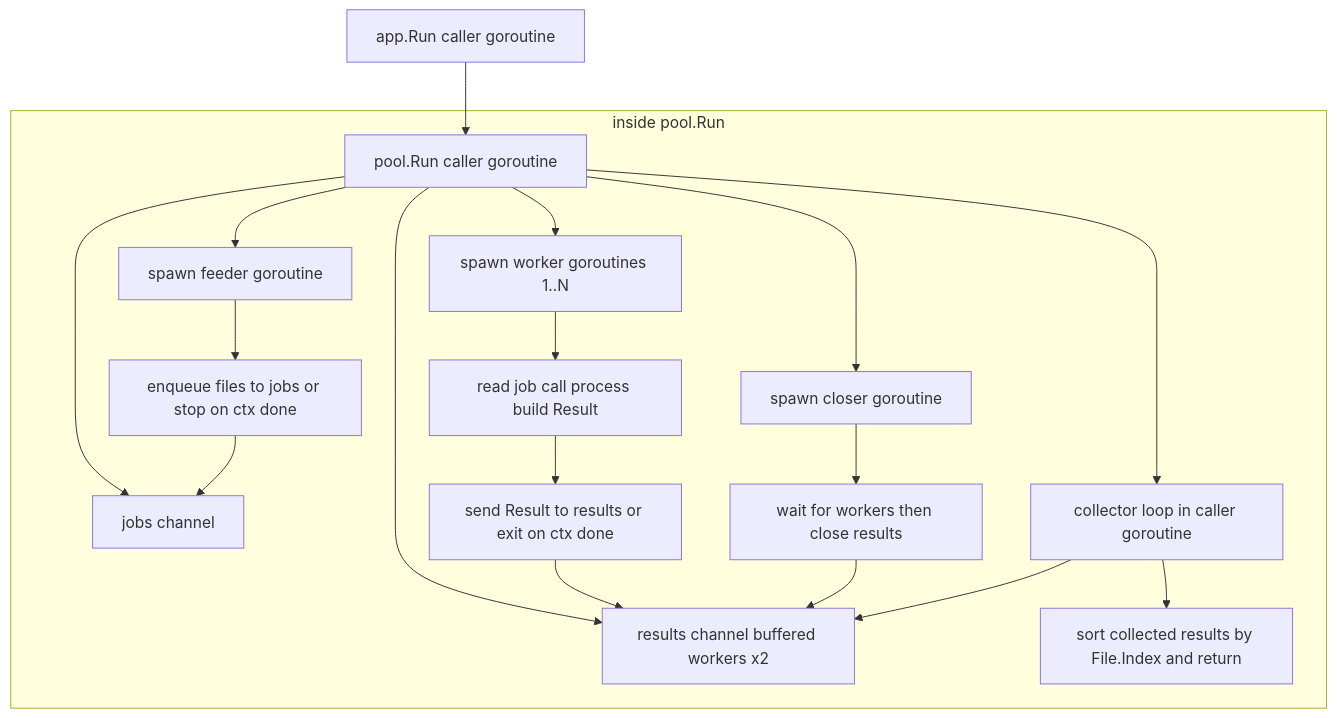
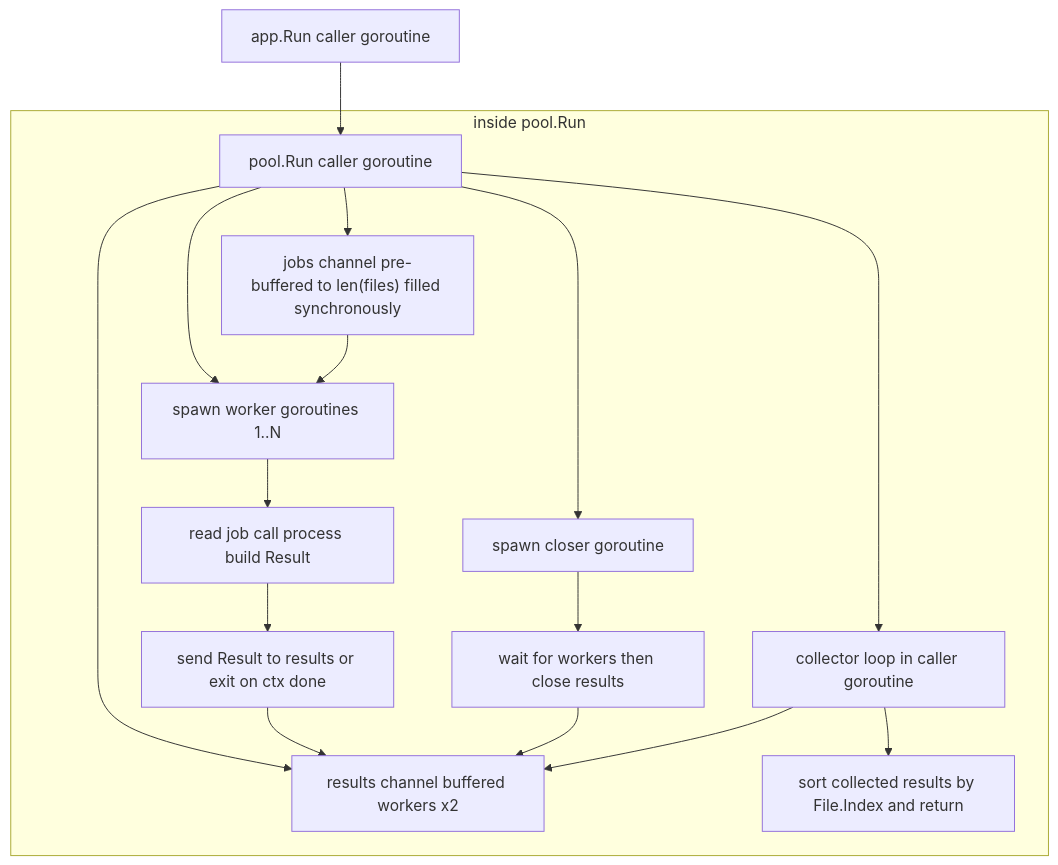
One commit to DaniilHarik/gpx-merge changed the second of 2 diagrams in docs/ARCHITECTURE.md. Above: the diagram before and after it, drawn with Mermaid. The commit also changed other lines of this file and 3 other files, not shown here.

Commit message:
refactor: pre-fill worker pool jobs channel synchronously, removing the dedicated feeder goroutine

````diff
--- a/docs/ARCHITECTURE.md
+++ b/docs/ARCHITECTURE.md
@@ -200,26 +198,24 @@
 ```mermaid
 flowchart TD
     A["app.Run caller goroutine"] --> B["pool.Run caller goroutine"]
 
     subgraph PR["inside pool.Run"]
-        B --> C["jobs channel"]
+        B --> C["jobs channel pre-buffered to len(files) filled synchronously"]
         B --> D["results channel buffered workers x2"]
-        B --> E["spawn feeder goroutine"]
         B --> F["spawn worker goroutines 1..N"]
         B --> G["spawn closer goroutine"]
         B --> H["collector loop in caller goroutine"]
 
-        E --> I["enqueue files to jobs or stop on ctx done"]
-        I --> C
+        C --> F
 
         F --> J["read job call process build Result"]
         J --> K["send Result to results or exit on ctx done"]
         K --> D
 
         G --> L["wait for workers then close results"]
         L --> D
 
         H --> D
         H --> M["sort collected results by File.Index and return"]
     end
 ```
````
